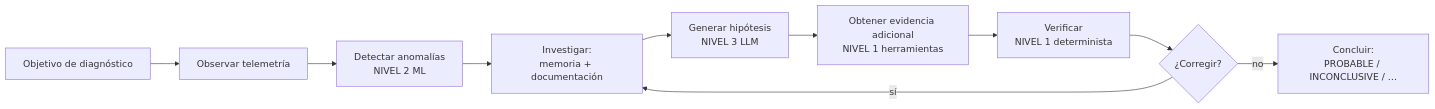
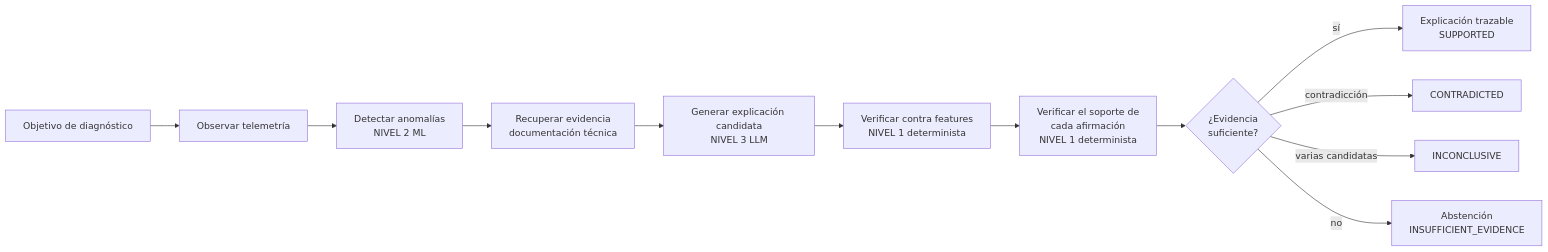
One commit to 3dluis/tfm-mecanico-ai changed the diagram in docs/agent-runtime/diagrams/diagnostic-flow.mmd. Above: the diagram before and after it, drawn with Mermaid. The commit also changed 13 other files, not shown here.

First line of the commit message:
docs(arquitectura): F5 - flujo cientifico con bifurcacion de abstencion y marcado de lo fuera de alcance

```diff
--- a/docs/agent-runtime/diagrams/diagnostic-flow.mmd
+++ b/docs/agent-runtime/diagrams/diagnostic-flow.mmd
@@ -1,10 +1,14 @@
+%% Flujo del agente de diagnóstico. Actualizado a la PI v4 (ADR-0036): el nodo `decide`
+%% verifica el soporte de cada afirmación y decide entre explicar y abstenerse.
 flowchart LR
     OBJ[Objetivo de diagnóstico] --> OBS[Observar telemetría]
     OBS --> DET[Detectar anomalías<br/>NIVEL 2 ML]
-    DET --> INV[Investigar:<br/>memoria + documentación]
-    INV --> HYP[Generar hipótesis<br/>NIVEL 3 LLM]
-    HYP --> EVD[Obtener evidencia adicional<br/>NIVEL 1 herramientas]
-    EVD --> VER[Verificar<br/>NIVEL 1 determinista]
-    VER --> COR{¿Corregir?}
-    COR -->|sí| INV
-    COR -->|no| CON[Concluir:<br/>PROBABLE / INCONCLUSIVE / …]
+    DET --> INV[Recuperar evidencia<br/>documentación técnica]
+    INV --> HYP[Generar explicación candidata<br/>NIVEL 3 LLM]
+    HYP --> VER[Verificar contra features<br/>NIVEL 1 determinista]
+    VER --> SUP[Verificar el soporte de<br/>cada afirmación<br/>NIVEL 1 determinista]
+    SUP --> SUF{¿Evidencia<br/>suficiente?}
+    SUF -->|sí| EXP[Explicación trazable<br/>SUPPORTED]
+    SUF -->|contradicción| CON[CONTRADICTED]
+    SUF -->|varias candidatas| INC[INCONCLUSIVE]
+    SUF -->|no| ABS[Abstención<br/>INSUFFICIENT_EVIDENCE]
```
